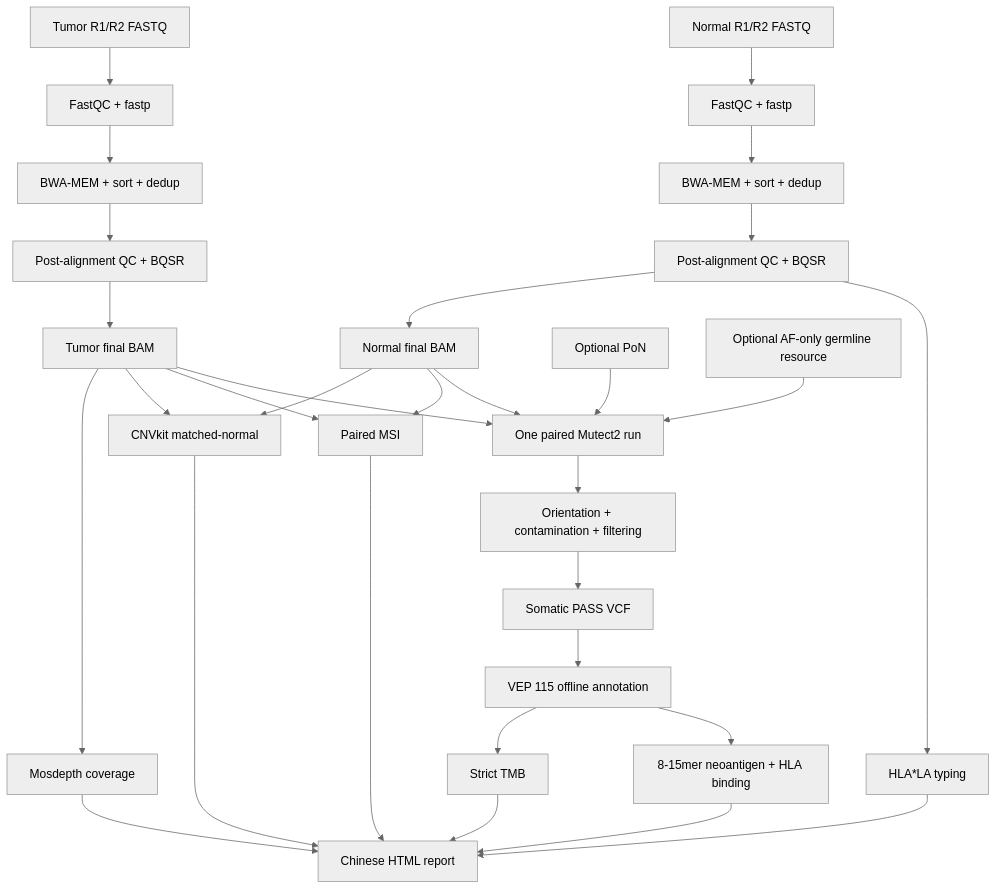
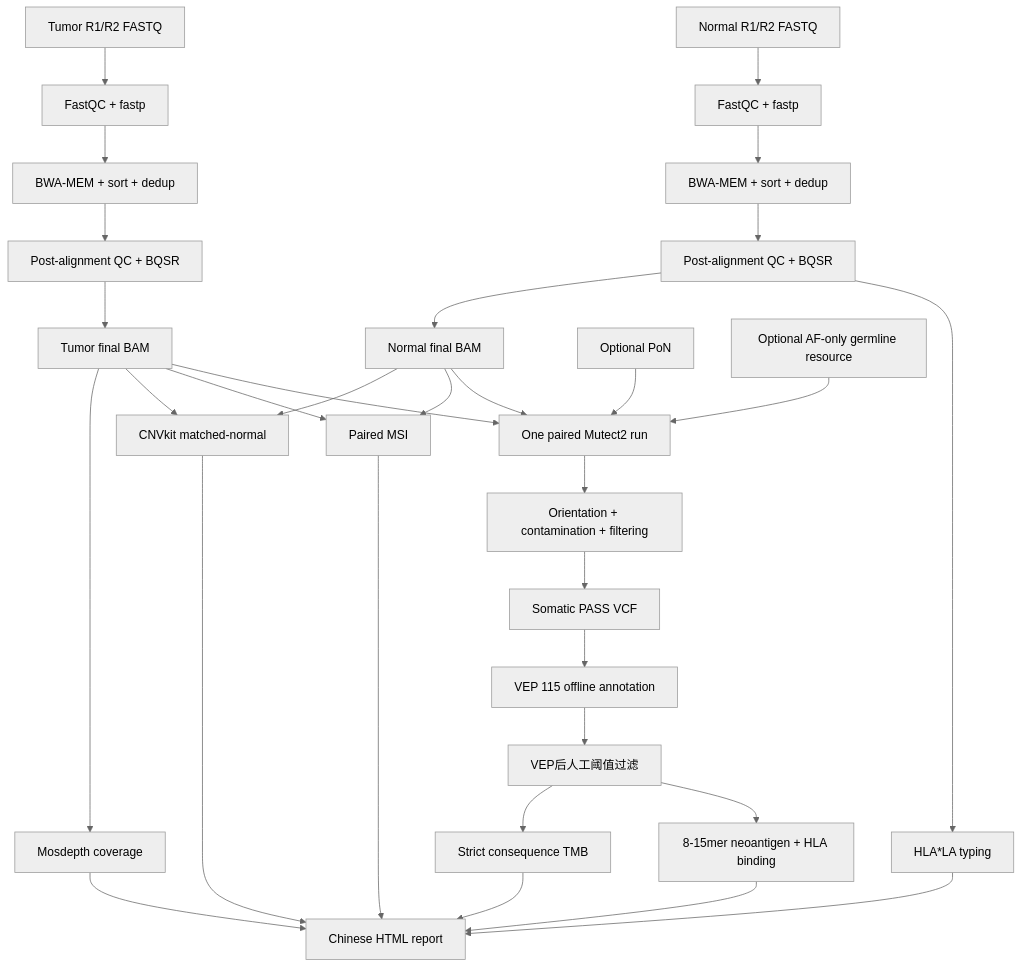
Before and after one commit to Defphoenix/gaomei_wes: the diagram in docs/wiki/Home.md, drawn with Mermaid (neutral theme). The commit also changed other lines of this file and 24 other files, not shown here.

````diff
--- a/docs/wiki/Home.md
+++ b/docs/wiki/Home.md
@@ -21,34 +21,35 @@
 ```mermaid
 flowchart TD
     N1[Normal R1/R2 FASTQ] --> N2[FastQC + fastp]
     N2 --> N3[BWA-MEM + sort + dedup]
     N3 --> N4[Post-alignment QC + BQSR]
     N4 --> NH[HLA*LA typing]
     N4 --> NB[Normal final BAM]
 
     T1[Tumor R1/R2 FASTQ] --> T2[FastQC + fastp]
     T2 --> T3[BWA-MEM + sort + dedup]
     T3 --> T4[Post-alignment QC + BQSR]
     T4 --> TB[Tumor final BAM]
 
     NB --> M[One paired Mutect2 run]
     TB --> M
     PON[Optional PoN] --> M
     GER[Optional AF-only germline resource] --> M
     M --> F[Orientation + contamination + filtering]
     F --> PASS[Somatic PASS VCF]
     PASS --> VEP[VEP 115 offline annotation]
-    VEP --> NEO[8-15mer neoantigen + HLA binding]
-    VEP --> TMB[Strict TMB]
+    VEP --> MF[VEP后人工阈值过滤]
+    MF --> NEO[8-15mer neoantigen + HLA binding]
+    MF --> TMB[Strict consequence TMB]
     NB --> MSI[Paired MSI]
     TB --> MSI
     NB --> CNV[CNVkit matched-normal]
     TB --> CNV
     TB --> COV[Mosdepth coverage]
     NH --> REPORT[Chinese HTML report]
     NEO --> REPORT
     TMB --> REPORT
     MSI --> REPORT
     CNV --> REPORT
     COV --> REPORT
 ```
````
